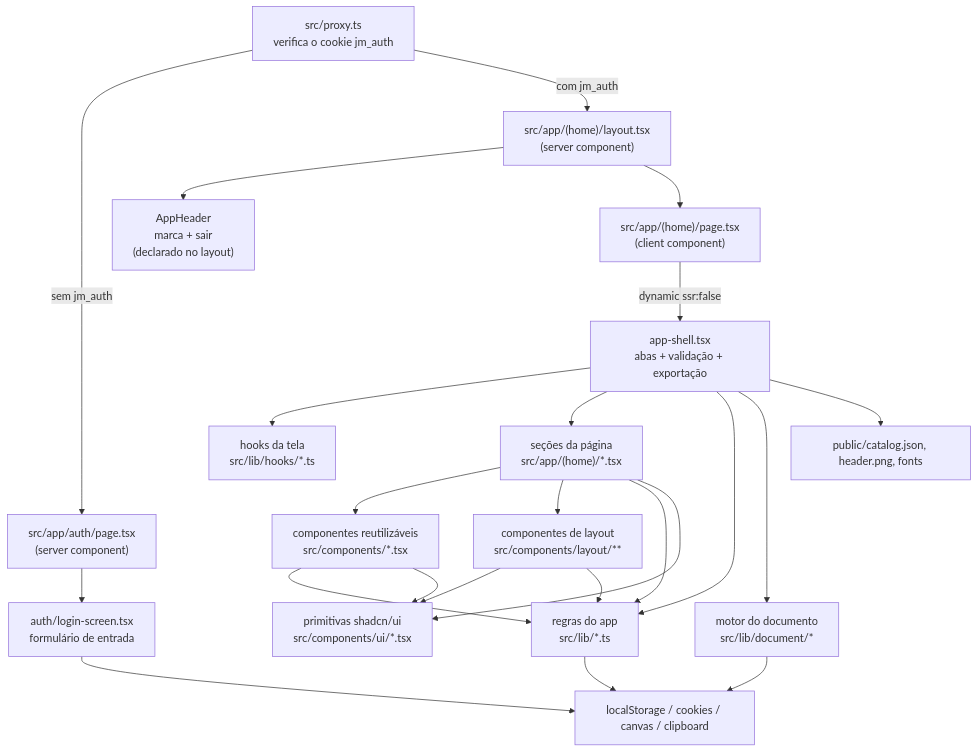
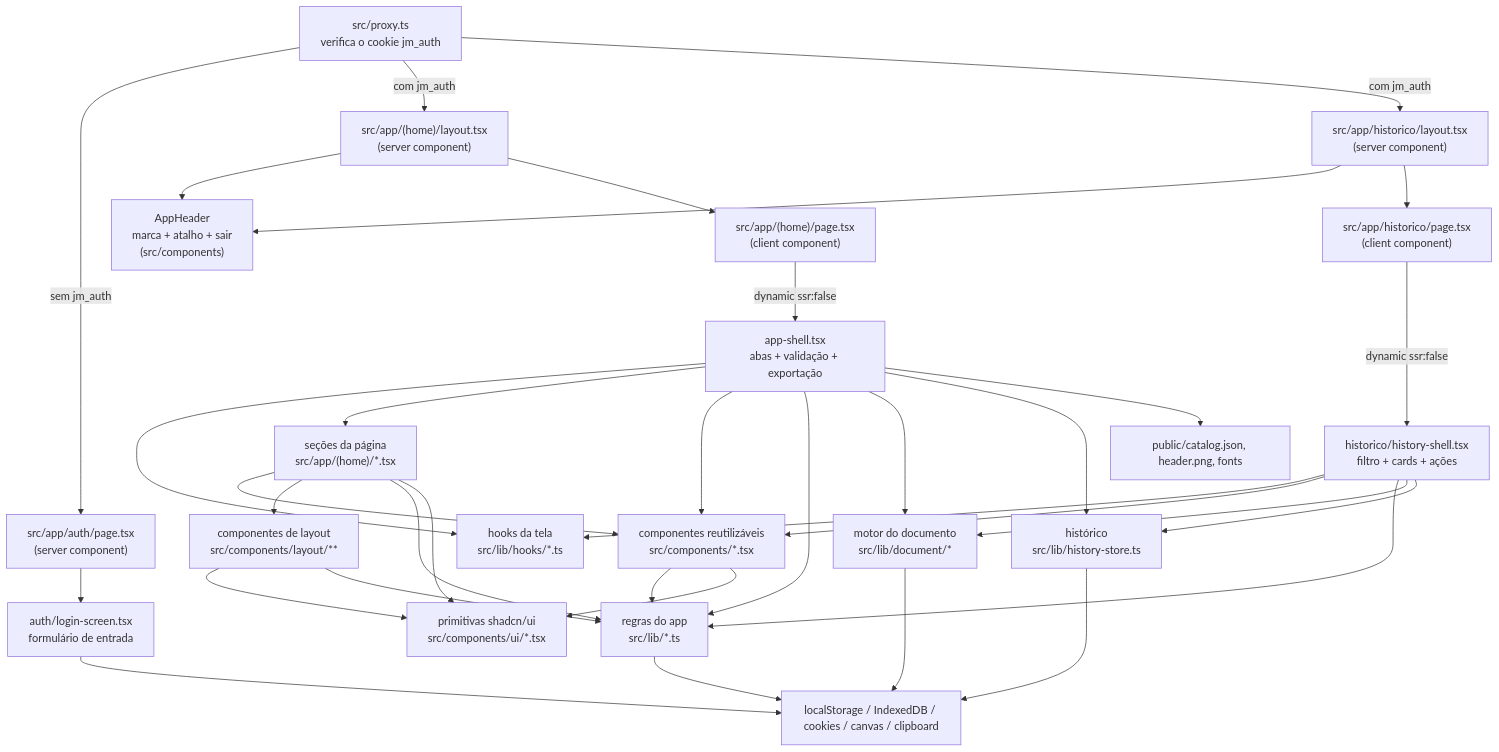
One commit to mariaamelco/site-para-or-amento changed the first of 2 diagrams in docs/ARCHITECTURE.md. Above: the diagram before and after it, drawn with Mermaid. The commit also changed other lines of this file and 24 other files, not shown here.

````diff
--- a/docs/ARCHITECTURE.md
+++ b/docs/ARCHITECTURE.md
@@ -27,41 +27,57 @@
 ```mermaid
 flowchart TD
   Proxy["src/proxy.ts<br/>verifica o cookie jm_auth"]
   Layout["src/app/(home)/layout.tsx<br/>(server component)"]
-  Header["AppHeader<br/>marca + sair<br/>(declarado no layout)"]
+  HistLayout["src/app/historico/layout.tsx<br/>(server component)"]
+  Header["AppHeader<br/>marca + atalho + sair<br/>(src/components)"]
   Page["src/app/(home)/page.tsx<br/>(client component)"]
+  HistPage["src/app/historico/page.tsx<br/>(client component)"]
   Auth["src/app/auth/page.tsx<br/>(server component)"]
   Login["auth/login-screen.tsx<br/>formulário de entrada"]
   Shell["app-shell.tsx<br/>abas + validação + exportação"]
+  HistShell["historico/history-shell.tsx<br/>filtro + cards + ações"]
   Hooks["hooks da tela<br/>src/lib/hooks/*.ts"]
   Sections["seções da página<br/>src/app/(home)/*.tsx"]
   Shared["componentes reutilizáveis<br/>src/components/*.tsx"]
   Layouts["componentes de layout<br/>src/components/layout/**"]
   UI["primitivas shadcn/ui<br/>src/components/ui/*.tsx"]
   Lib["regras do app<br/>src/lib/*.ts"]
   Doc["motor do documento<br/>src/lib/document/*"]
-  Browser["localStorage / cookies / canvas / clipboard"]
+  Store["histórico<br/>src/lib/history-store.ts"]
+  Browser["localStorage / IndexedDB / cookies / canvas / clipboard"]
   Static["public/catalog.json, header.png, fonts"]
 
   Proxy -->|sem jm_auth| Auth --> Login
   Proxy -->|com jm_auth| Layout
+  Proxy -->|com jm_auth| HistLayout
   Layout --> Header
+  HistLayout --> Header
   Layout --> Page
+  HistLayout --> HistPage
   Login --> Browser
   Page -->|dynamic ssr:false| Shell
+  HistPage -->|dynamic ssr:false| HistShell
   Shell --> Hooks
   Shell --> Sections
+  Shell --> Shared
+  HistShell --> Hooks
+  HistShell --> Shared
   Sections --> Shared
   Sections --> Layouts
   Sections --> Lib
   Shared --> Lib
   Layouts --> UI
   Layouts --> Lib
   Shell --> Lib
   Shell --> Doc
+  Shell --> Store
+  HistShell --> Lib
+  HistShell --> Doc
+  HistShell --> Store
   Sections --> UI
   Shared --> UI
   Lib --> Browser
   Doc --> Browser
+  Store --> Browser
   Shell --> Static
 ```
````
